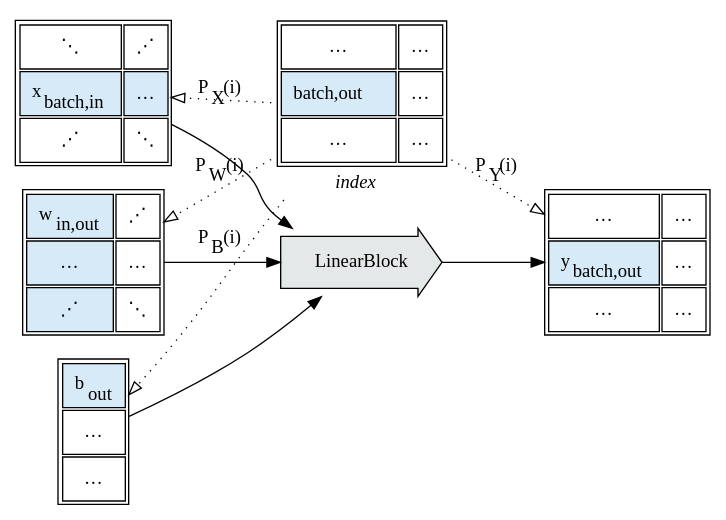
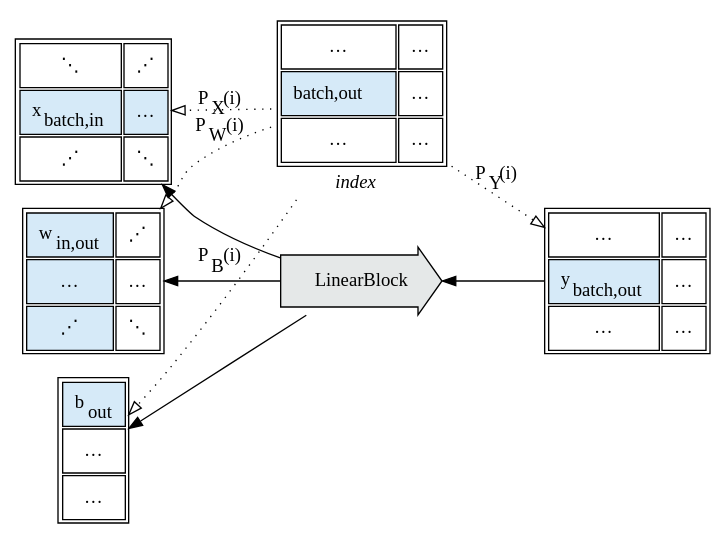
One commit to crutcher/crutcher.github.io-source changed diagram 34 of 58 in source/Tapestry/index.md. Above: the diagram before and after it, drawn with Graphviz. The commit also changed other lines of this file, not shown here.

Commit message:
migrate graphs to RL; add some semantic type notes.

````diff
--- a/source/Tapestry/index.md
+++ b/source/Tapestry/index.md
@@ -4617,6 +4912,6 @@
 ```graphviz
 digraph G {
-    rankdir=LR;
+    rankdir=RL;
 
     idx [
         shape="plain",
@@ -4727,11 +5022,11 @@
             </table>
         >,
     ];
-
-    x -> Linear;
-    w -> Linear;
-    b -> Linear;
-    Linear -> y;
+    
+    Linear -> x;
+    Linear -> w;
+    Linear -> b;
+    y -> Linear;
 
     idx -> x [label=<P<sub>X</sub>(i)>, constraint=false, style=dotted, arrowhead=empty];
     idx -> b [label=<P<sub>B</sub>(i)>, constraint=false, style=dotted, arrowhead=empty];
````
